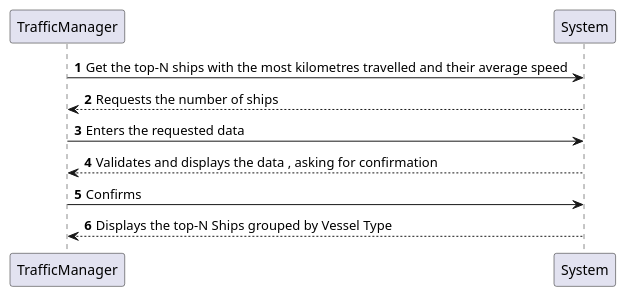
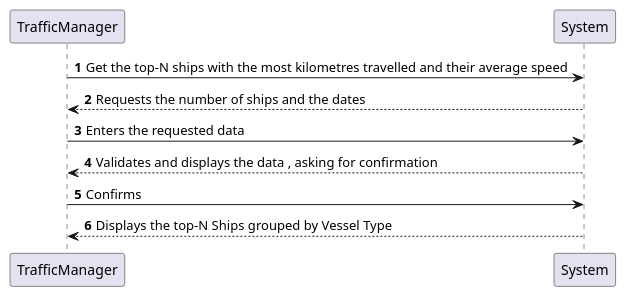
The diagram in Docs/Sprint1/US106/SSD.puml (LourencoMelo/ISEP-LAPR3-ESINF), drawn with PlantUML before and after one commit. The commit also changed 6 other files, not shown here.

```diff
--- a/Docs/Sprint1/US106/SSD.puml
+++ b/Docs/Sprint1/US106/SSD.puml
@@ -1,12 +1,12 @@
 @startuml
 'https://plantuml.com/sequence-diagram
 
 autonumber
 
 TrafficManager -> System : Get the top-N ships with the most kilometres travelled and their average speed
-System --> TrafficManager: Requests the number of ships
+System --> TrafficManager: Requests the number of ships and the dates
 TrafficManager -> System : Enters the requested data
 System --> TrafficManager : Validates and displays the data , asking for confirmation
 TrafficManager -> System : Confirms
 System --> TrafficManager : Displays the top-N Ships grouped by Vessel Type
 @enduml
```
